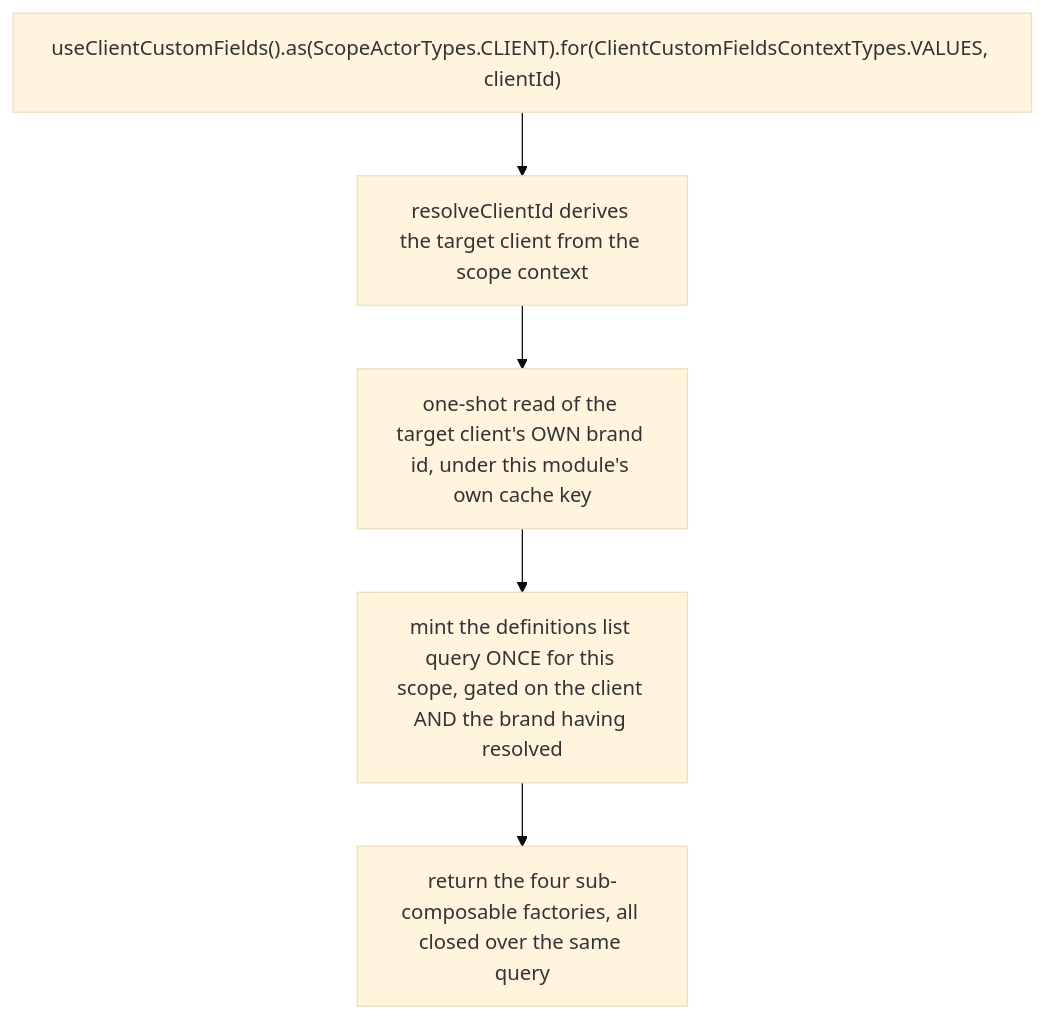
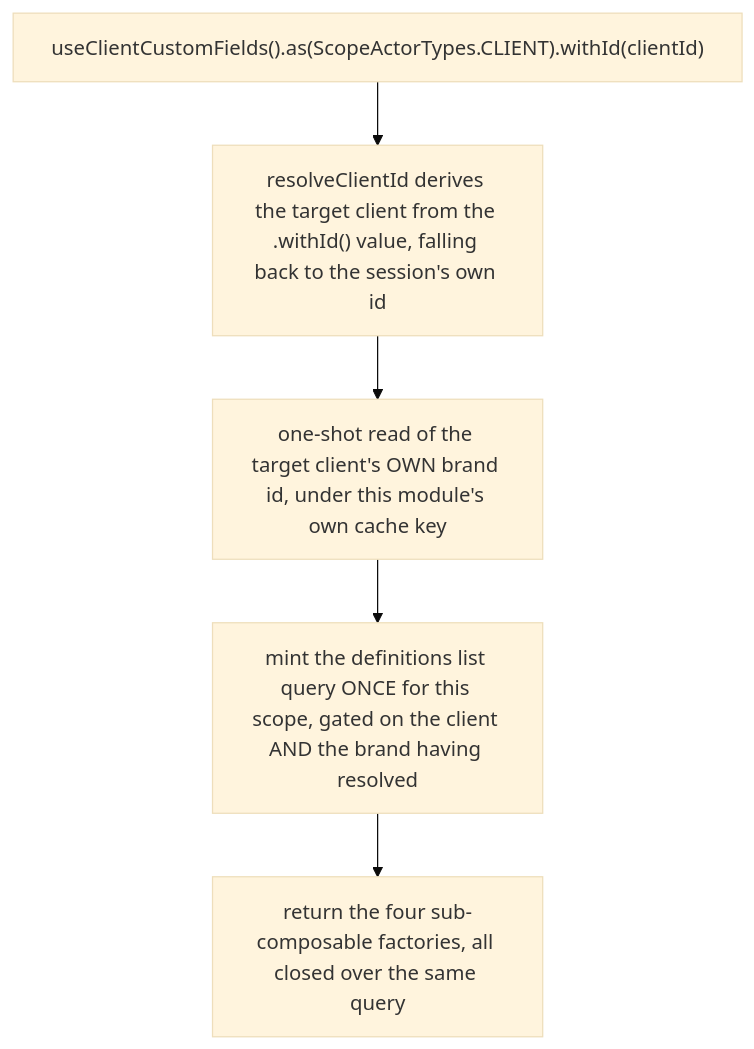
One commit to upmind/upmind-ui changed the first of 3 diagrams in packages/headless/src/modules/client-custom-fields/docs/architecture.md. Above: the diagram before and after it, drawn with Mermaid (base theme). The commit also changed other lines of this file and 15 other files, not shown here.

````diff
--- a/packages/headless/src/modules/client-custom-fields/docs/architecture.md
+++ b/packages/headless/src/modules/client-custom-fields/docs/architecture.md
@@ -18,7 +18,7 @@
 ```mermaid
 flowchart TD
-  call["useClientCustomFields().as(ScopeActorTypes.CLIENT).for(ClientCustomFieldsContextTypes.VALUES, clientId)"] --> resolve["resolveClientId derives the target client from the scope context"]
+  call["useClientCustomFields().as(ScopeActorTypes.CLIENT).withId(clientId)"] --> resolve["resolveClientId derives the target client from the .withId() value, falling back to the session's own id"]
   resolve --> brand["one-shot read of the target client's OWN brand id, under this module's own cache key"]
   brand --> mint["mint the definitions list query ONCE for this scope, gated on the client AND the brand having resolved"]
   mint --> ready["return the four sub-composable factories, all closed over the same query"]
 ```
````
